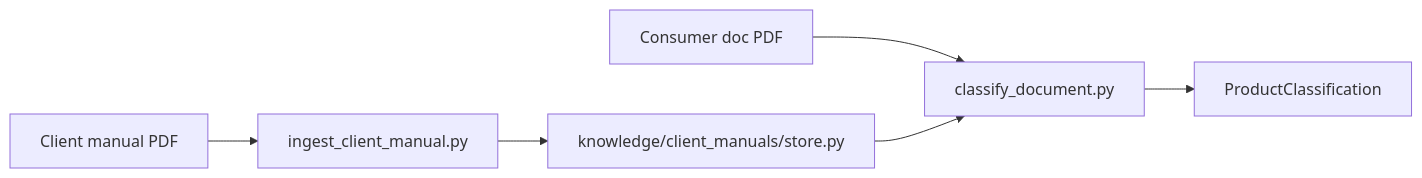
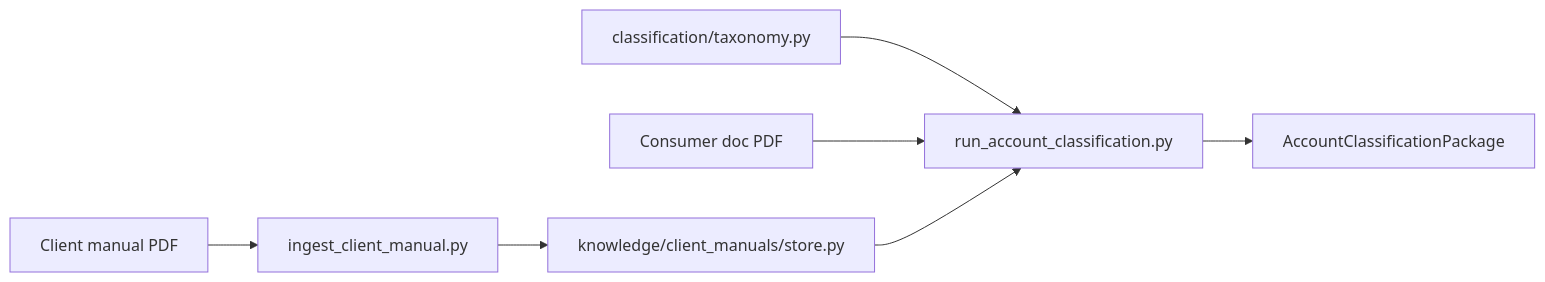
One commit to hasanht0628/polly changed the third of 3 diagrams in docs/architecture.md. Above: the diagram before and after it, drawn with Mermaid. The commit also changed other lines of this file and 46 other files, not shown here.

Commit message:
Add account classification workflow, PDF eval goldens, and qwen2.5:3b default.

````diff
--- a/docs/architecture.md
+++ b/docs/architecture.md
@@ -166,14 +166,16 @@
 ```mermaid
 flowchart LR
   manual[Client manual PDF]
   ingest[ingest_client_manual.py]
   store[knowledge/client_manuals/store.py]
+  baseline[classification/taxonomy.py]
   consumer[Consumer doc PDF]
-  classify[classify_document.py]
-  result[ProductClassification]
+  workflow[run_account_classification.py]
+  result[AccountClassificationPackage]
 
   manual --> ingest --> store
-  consumer --> classify
-  store --> classify
-  classify --> result
+  baseline --> workflow
+  consumer --> workflow
+  store --> workflow
+  workflow --> result
 ```
````
